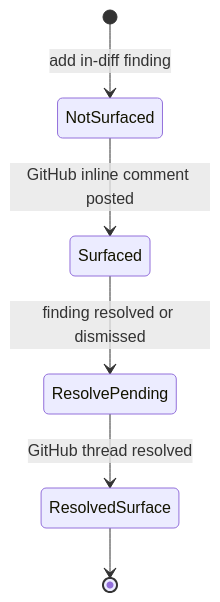
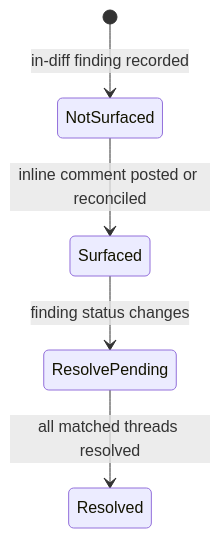
One commit to langchain-ai/open-swe changed the second of 3 diagrams in openwiki/architecture/reviewer-and-analyzer.md. Above: the diagram before and after it, drawn with Mermaid. The commit also changed other lines of this file and 51 other files, not shown here.

````diff
--- a/openwiki/architecture/reviewer-and-analyzer.md
+++ b/openwiki/architecture/reviewer-and-analyzer.md
@@ -110,8 +100,7 @@
 ```mermaid
 stateDiagram-v2
-    [*] --> NotSurfaced: add in-diff finding
-    NotSurfaced --> Surfaced: GitHub inline comment posted
-    Surfaced --> ResolvePending: finding resolved or dismissed
-    ResolvePending --> ResolvedSurface: GitHub thread resolved
-    ResolvedSurface --> [*]
+    [*] --> NotSurfaced: in-diff finding recorded
+    NotSurfaced --> Surfaced: inline comment posted or reconciled
+    Surfaced --> ResolvePending: finding status changes
+    ResolvePending --> Resolved: all matched threads resolved
 ```
````
